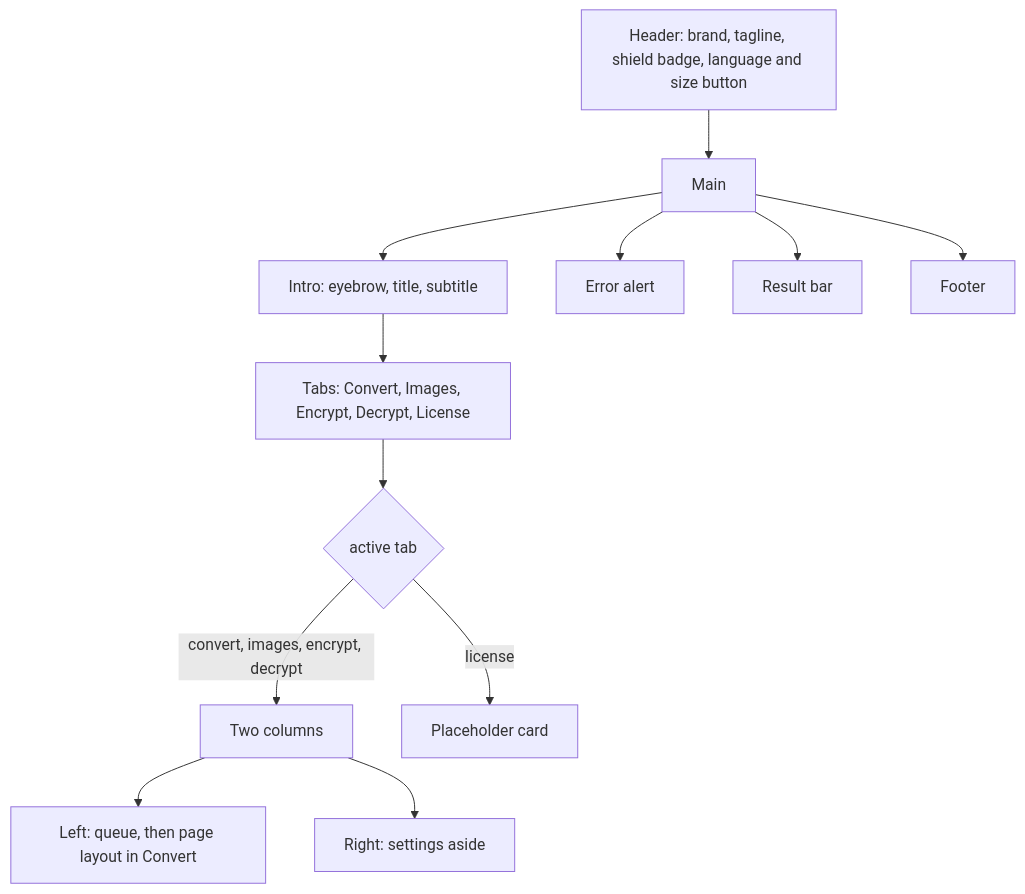
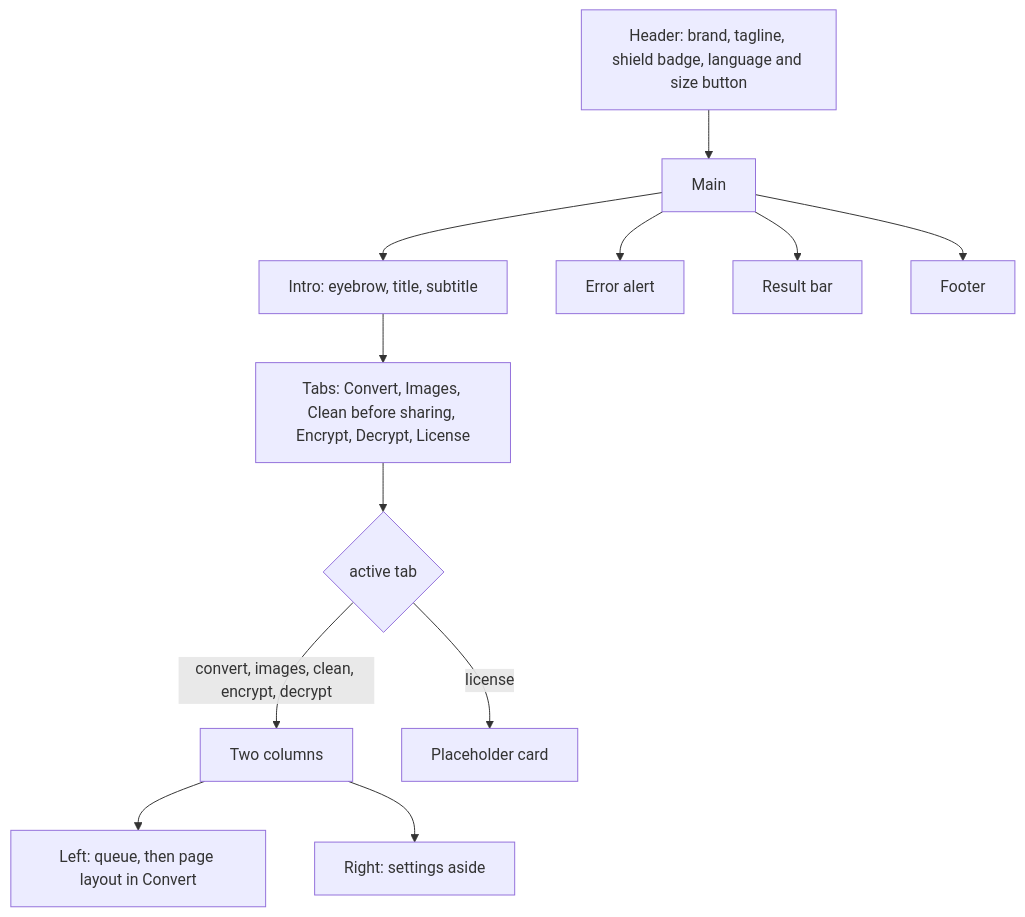
Before and after one commit to preska-elixirr/doc_converter: the diagram in docs/WORKSPACE_UI.md, drawn with Mermaid. The commit also changed other lines of this file and 38 other files, not shown here.

````diff
--- a/docs/WORKSPACE_UI.md
+++ b/docs/WORKSPACE_UI.md
@@ -20,14 +20,14 @@
 ```mermaid
 flowchart TD
   H[Header: brand, tagline, shield badge, language and size button] --> M[Main]
   M --> I[Intro: eyebrow, title, subtitle]
-  I --> N[Tabs: Convert, Images, Encrypt, Decrypt, License]
+  I --> N[Tabs: Convert, Images, Clean before sharing, Encrypt, Decrypt, License]
   N --> W{active tab}
-  W -- convert, images, encrypt, decrypt --> G[Two columns]
+  W -- convert, images, clean, encrypt, decrypt --> G[Two columns]
   G --> L[Left: queue, then page layout in Convert]
   G --> S[Right: settings aside]
   W -- license --> P[Placeholder card]
   M --> E[Error alert]
   M --> R[Result bar]
   M --> F[Footer]
 ```
````
